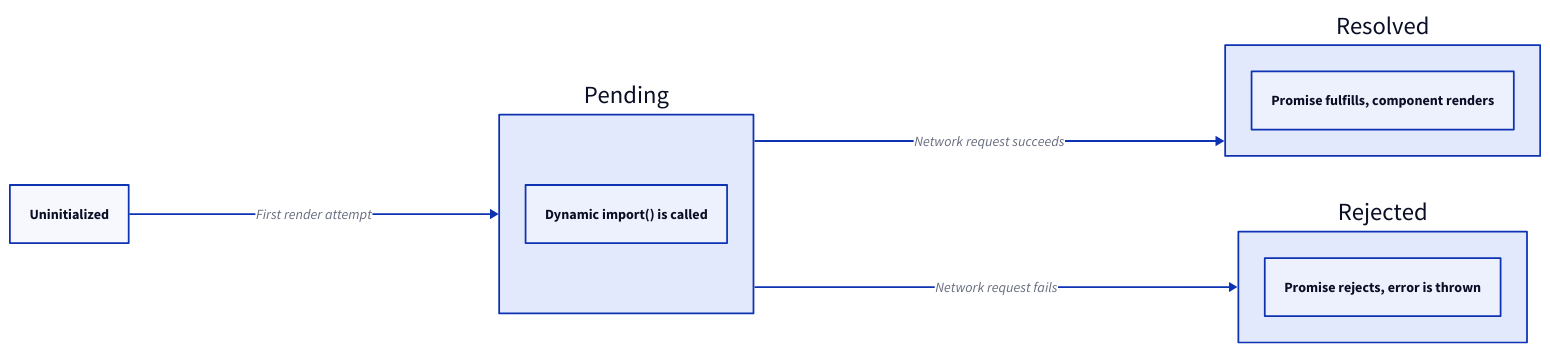
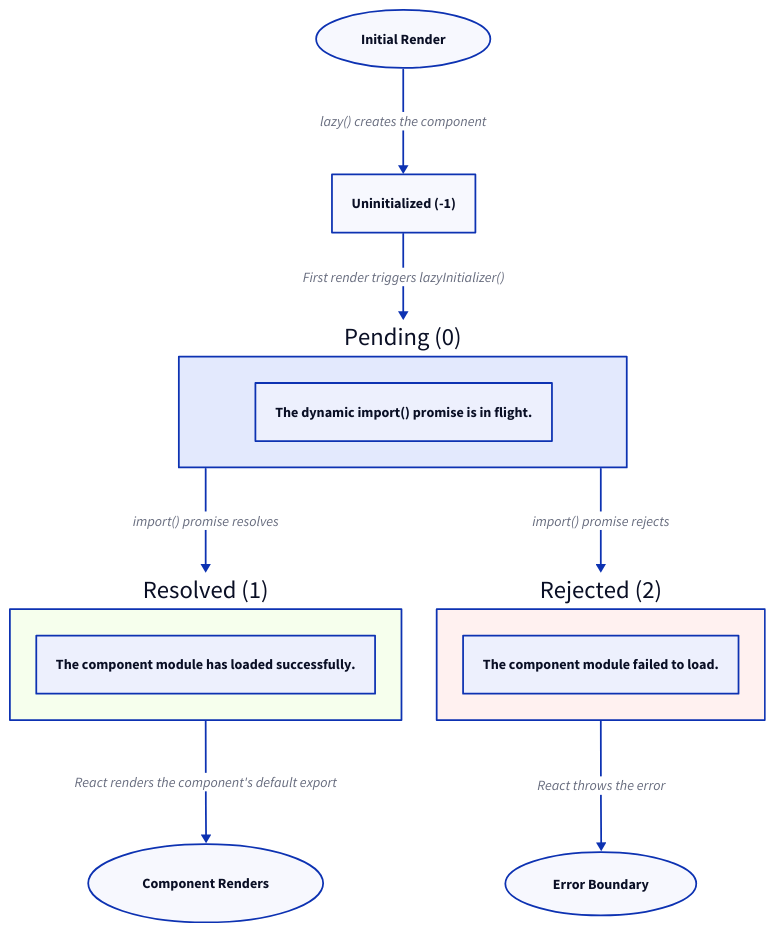
The diagram in packages/react/.aigne/doc-smith/docs/advanced-code-splitting.md (lban2049/react), drawn with D2 before and after one commit. The commit also changed other lines of this file and 46 other files, not shown here.

````diff
--- a/packages/react/.aigne/doc-smith/docs/advanced-code-splitting.md
+++ b/packages/react/.aigne/doc-smith/docs/advanced-code-splitting.md
@@ -30,23 +47,48 @@
 ```d2
-direction: right
+direction: down
 
-Uninitialized: {
-  label: "Uninitialized"
-}
-Pending: {
-  label: "Pending"
-  "Dynamic import() is called"
-}
-Resolved: {
-  label: "Resolved"
-  "Promise fulfills, component renders"
-}
-Rejected: {
-  label: "Rejected"
-  "Promise rejects, error is thrown"
+"Initial Render": {
+  shape: oval
 }
 
-Uninitialized -> Pending: "First render attempt"
-Pending -> Resolved: "Network request succeeds"
-Pending -> Rejected: "Network request fails"
+"Uninitialized": {
+  shape: rectangle
+  label: "Uninitialized (-1)"
+}
+
+"Pending": {
+  shape: rectangle
+  label: "Pending (0)"
+  "The dynamic import() promise is in flight."
+}
+
+"Resolved": {
+  shape: rectangle
+  label: "Resolved (1)"
+  style.fill: "#f6ffed"
+  "The component module has loaded successfully."
+}
+
+"Rejected": {
+  shape: rectangle
+  label: "Rejected (2)"
+  style.fill: "#fff1f0"
+  "The component module failed to load."
+}
+
+"Component Renders": {
+  shape: oval
+}
+
+"Error Boundary": {
+  shape: oval
+}
+
+"Initial Render" -> "Uninitialized": "lazy() creates the component"
+"Uninitialized" -> "Pending": "First render triggers lazyInitializer()"
+"Pending" -> "Resolved": "import() promise resolves"
+"Pending" -> "Rejected": "import() promise rejects"
+"Resolved" -> "Component Renders": "React renders the component's default export"
+"Rejected" -> "Error Boundary": "React throws the error"
+
 ```
````
